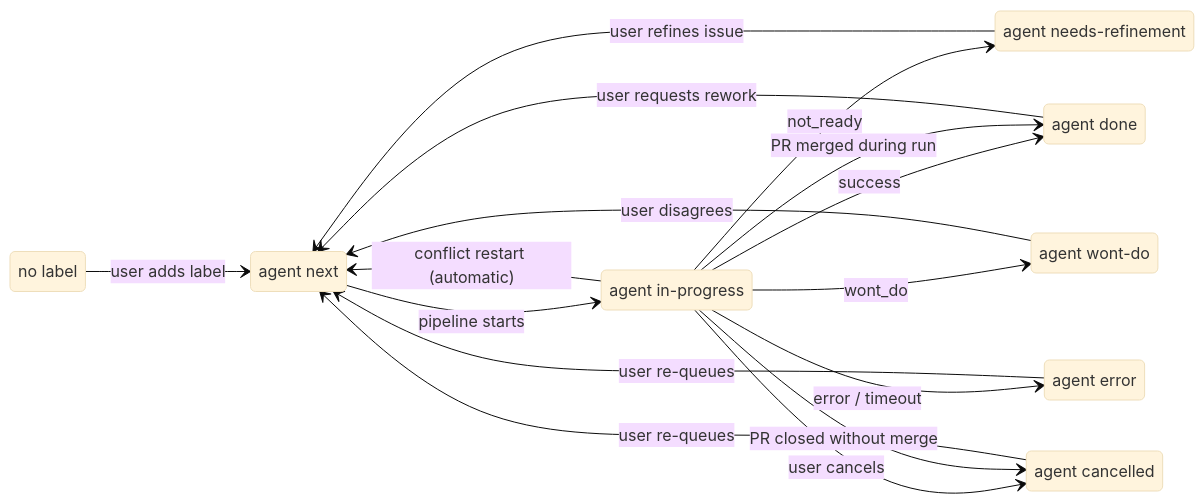
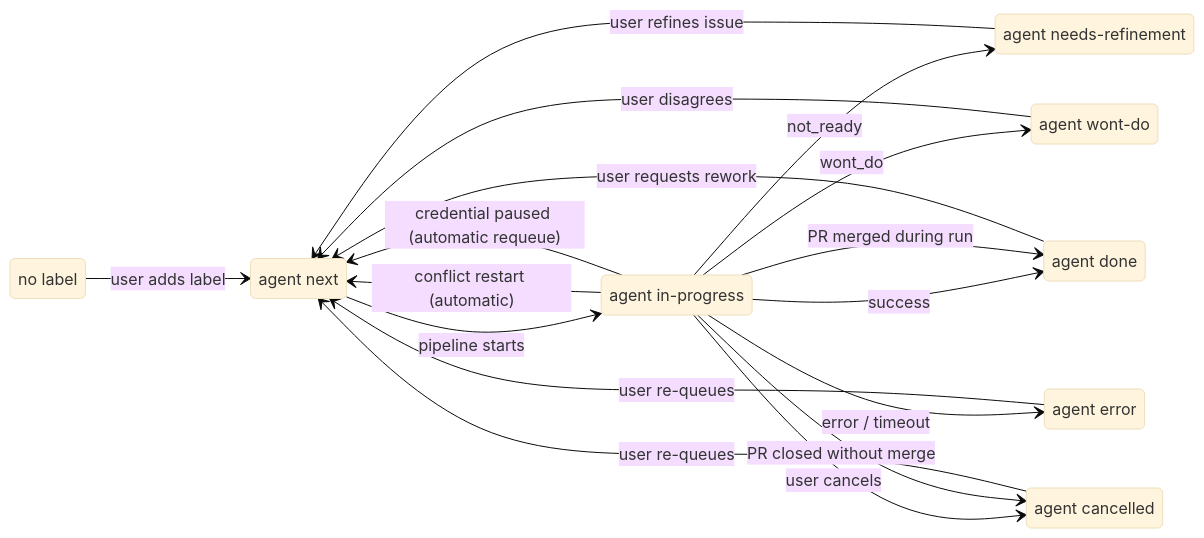
Before and after one commit to Chemsorly/coding-agent-automation: the fourth of 9 diagrams in docs/pipeline-orchestration.md, drawn with Mermaid (base theme). The commit also changed other lines of this file and 18 other files, not shown here.

````diff
--- a/docs/pipeline-orchestration.md
+++ b/docs/pipeline-orchestration.md
@@ -221,28 +222,29 @@
 ```mermaid
 stateDiagram-v2
     direction LR
     state "no label" as none
     state "agent next" as next
     state "agent in-progress" as ip
     state "agent done" as done
     state "agent needs-refinement" as nr
     state "agent wont-do" as wd
     state "agent error" as err
     state "agent cancelled" as cancel
 
     none --> next : user adds label
     next --> ip : pipeline starts
     ip --> done : success
     ip --> nr : not_ready
     ip --> wd : wont_do
     ip --> err : error / timeout
     ip --> cancel : user cancels
     ip --> next : conflict restart (automatic)
+    ip --> next : credential paused (automatic requeue)
     ip --> done : PR merged during run
     ip --> cancel : PR closed without merge
     done --> next : user requests rework
     err --> next : user re-queues
     nr --> next : user refines issue
     wd --> next : user disagrees
     cancel --> next : user re-queues
 ```
````
